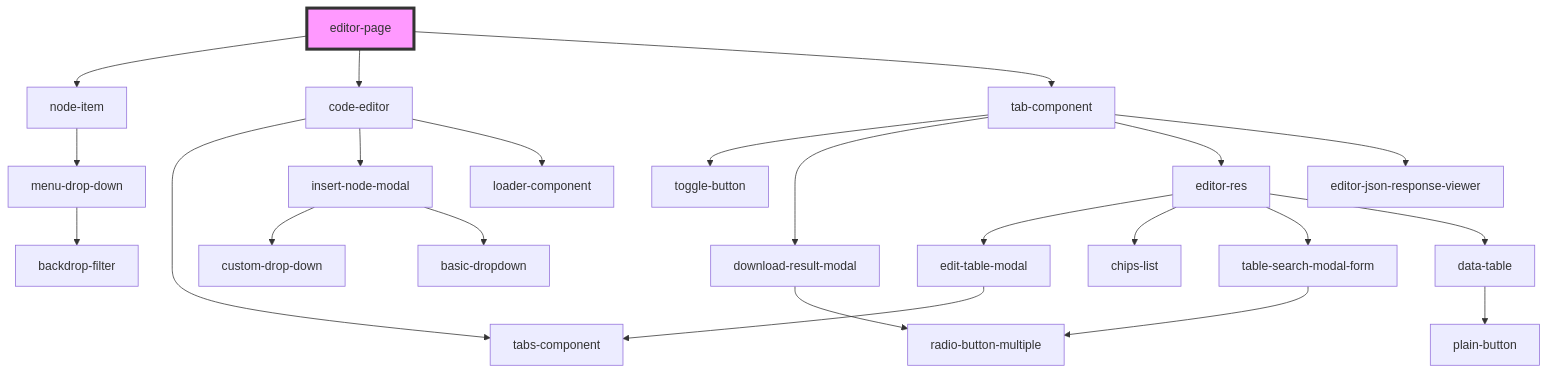
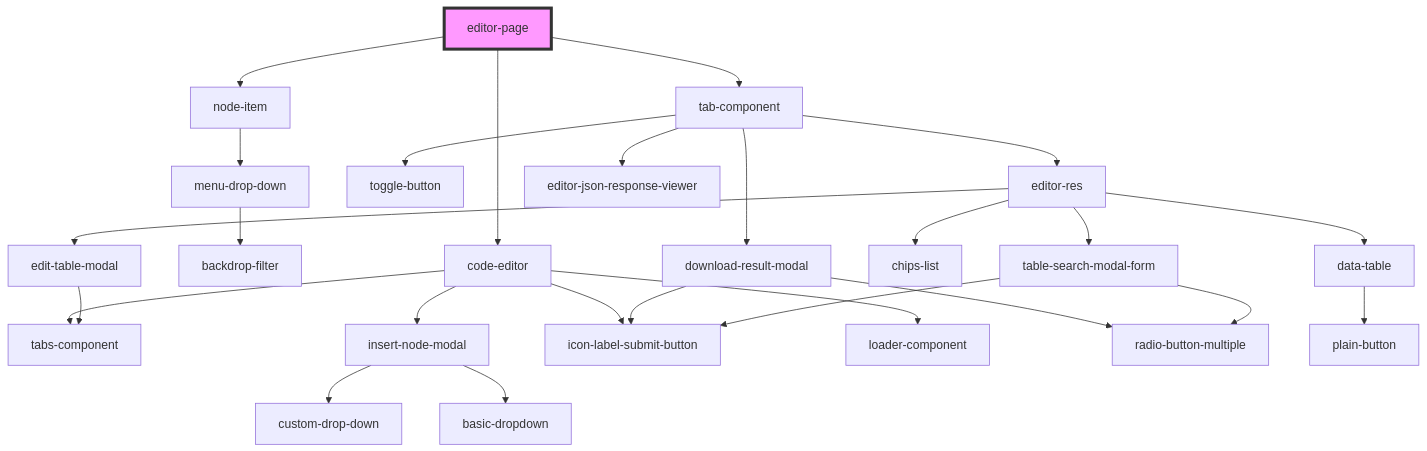
Before and after one commit to techvariable/NeptuneConnectComponents: the diagram in src/components/editorPage/editor-page/readme.md, drawn with Mermaid. The commit also changed 28 other files, not shown here.

````diff
--- a/src/components/editorPage/editor-page/readme.md
+++ b/src/components/editorPage/editor-page/readme.md
@@ -24,26 +24,29 @@
 ```mermaid
 graph TD;
   editor-page --> node-item
   editor-page --> code-editor
   editor-page --> tab-component
   node-item --> menu-drop-down
   menu-drop-down --> backdrop-filter
   code-editor --> tabs-component
   code-editor --> insert-node-modal
+  code-editor --> icon-label-submit-button
   code-editor --> loader-component
   insert-node-modal --> custom-drop-down
   insert-node-modal --> basic-dropdown
   tab-component --> toggle-button
   tab-component --> download-result-modal
   tab-component --> editor-res
   tab-component --> editor-json-response-viewer
   download-result-modal --> radio-button-multiple
+  download-result-modal --> icon-label-submit-button
   editor-res --> edit-table-modal
   editor-res --> chips-list
   editor-res --> table-search-modal-form
   editor-res --> data-table
   edit-table-modal --> tabs-component
   table-search-modal-form --> radio-button-multiple
+  table-search-modal-form --> icon-label-submit-button
   data-table --> plain-button
   style editor-page fill:#f9f,stroke:#333,stroke-width:4px
 ```
````
